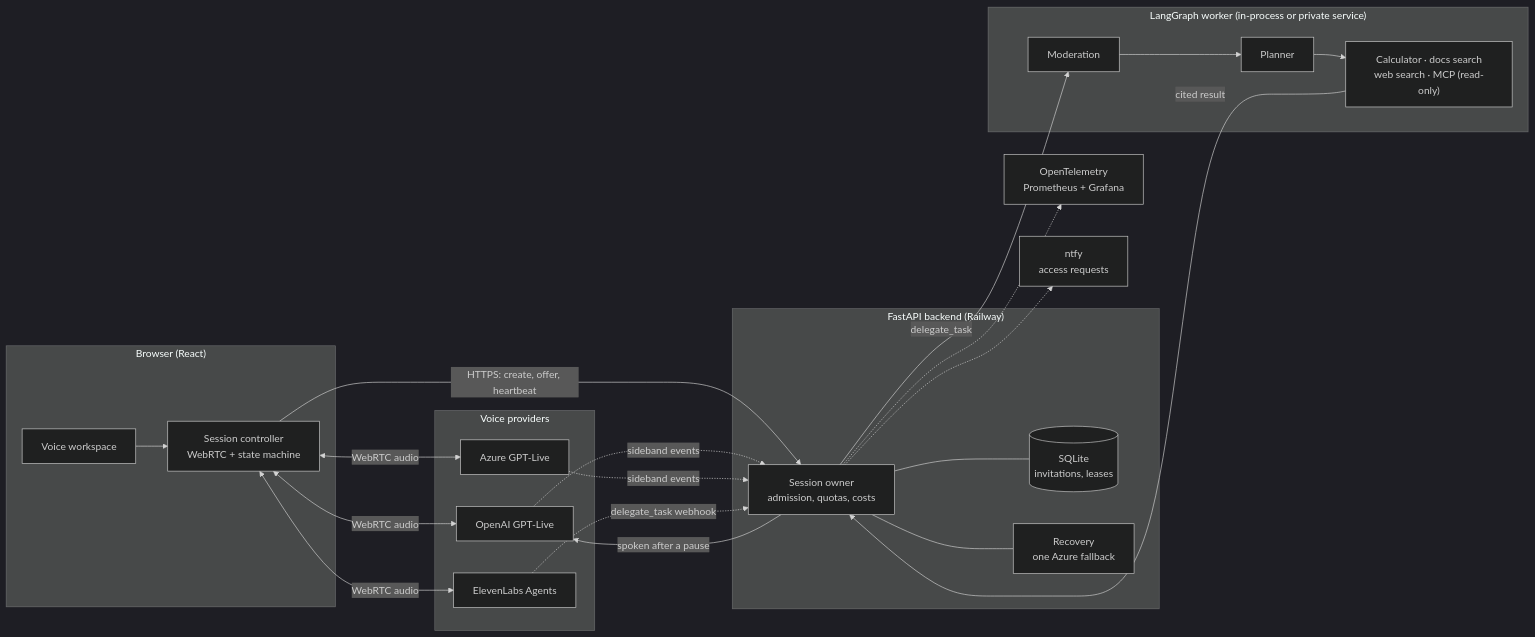
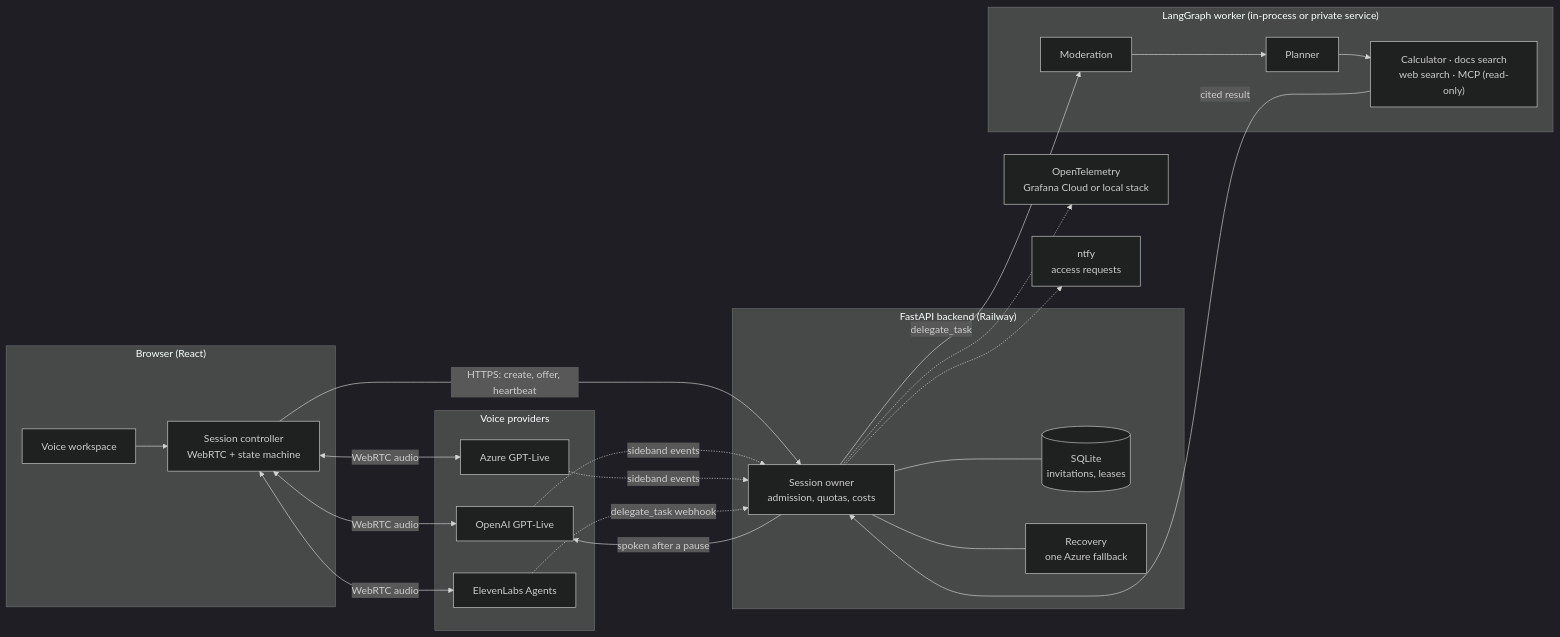
The diagram in README.md (savbiz/voice-delegate), drawn with Mermaid (dark theme) before and after one commit. The commit also changed other lines of this file and 15 other files, not shown here.

````diff
--- a/README.md
+++ b/README.md
@@ -44,38 +45,38 @@
 ```mermaid
 flowchart LR
     subgraph Browser["Browser (React)"]
         UI["Voice workspace"]
         Live["Session controller<br/>WebRTC + state machine"]
     end
 
     subgraph Providers["Voice providers"]
         OAI["OpenAI GPT-Live"]
         AZ["Azure GPT-Live"]
         EL["ElevenLabs Agents"]
     end
 
     subgraph API["FastAPI backend (Railway)"]
         S["Session owner<br/>admission, quotas, costs"]
         DB[("SQLite<br/>invitations, leases")]
         R["Recovery<br/>one Azure fallback"]
     end
 
     subgraph Worker["LangGraph worker (in-process or private service)"]
         M["Moderation"]
         P["Planner"]
         T["Calculator · docs search<br/>web search · MCP (read-only)"]
     end
 
     UI --> Live
     Live <-->|"WebRTC audio"| OAI & AZ & EL
     Live -->|"HTTPS: create, offer, heartbeat"| S
     OAI & AZ -.->|"sideband events"| S
     EL -.->|"delegate_task webhook"| S
     S --- DB
     S --- R
     S -->|"delegate_task"| M --> P --> T
     T -->|"cited result"| S
     S -->|"spoken after a pause"| OAI
-    S -.-> O["OpenTelemetry<br/>Prometheus + Grafana"]
+    S -.-> O["OpenTelemetry<br/>Grafana Cloud or local stack"]
     S -.-> N["ntfy<br/>access requests"]
 ```
````
